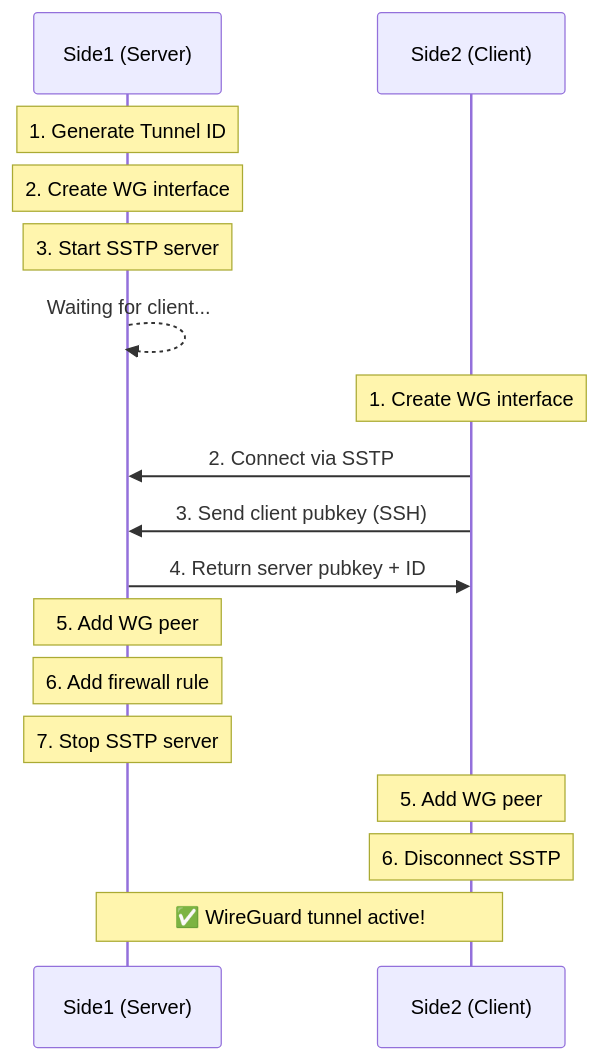
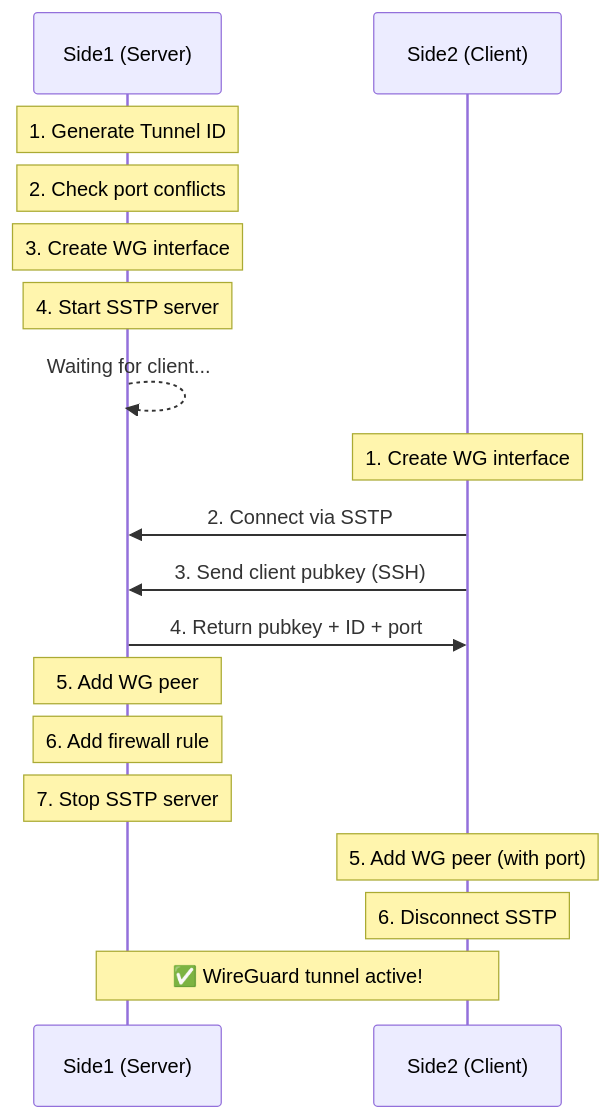
One commit to olkovin/k2o-wg-p2p-connector changed the diagram in README.md. Above: the diagram before and after it, drawn with Mermaid. The commit also changed other lines of this file and 3 other files, not shown here.

````diff
--- a/README.md
+++ b/README.md
@@ -65,24 +66,25 @@
 ```mermaid
 sequenceDiagram
     participant S as Side1 (Server)
     participant C as Side2 (Client)
 
     Note over S: 1. Generate Tunnel ID
-    Note over S: 2. Create WG interface
-    Note over S: 3. Start SSTP server
+    Note over S: 2. Check port conflicts
+    Note over S: 3. Create WG interface
+    Note over S: 4. Start SSTP server
     S-->>S: Waiting for client...
 
     Note over C: 1. Create WG interface
     C->>S: 2. Connect via SSTP
     C->>S: 3. Send client pubkey (SSH)
-    S->>C: 4. Return server pubkey + ID
+    S->>C: 4. Return pubkey + ID + port
 
     Note over S: 5. Add WG peer
     Note over S: 6. Add firewall rule
     Note over S: 7. Stop SSTP server
 
-    Note over C: 5. Add WG peer
+    Note over C: 5. Add WG peer (with port)
     Note over C: 6. Disconnect SSTP
 
     Note over S,C: ✅ WireGuard tunnel active!
 ```
````
